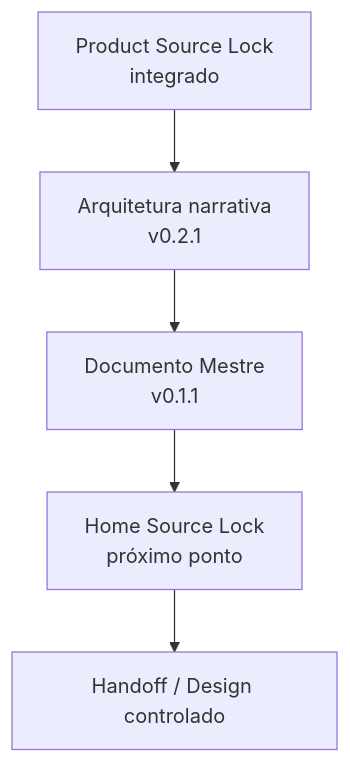
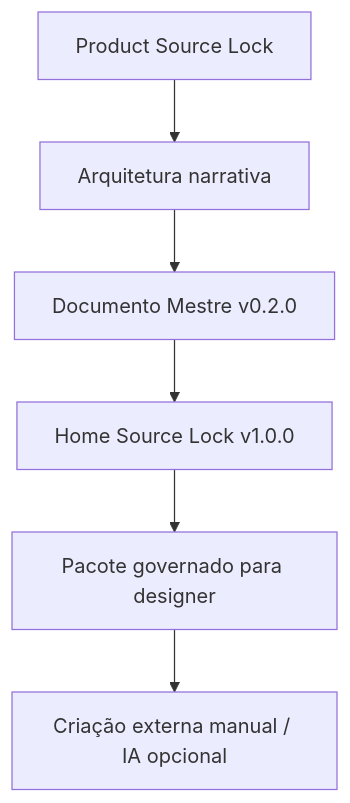
One commit to guivos-repositorio/Guivos-Knowledge-Repository changed the second of 2 diagrams in docs/experience-architecture/public-home-intelligence-master-document.md. Above: the diagram before and after it, drawn with Mermaid. The commit also changed other lines of this file, not shown here.

Commit message:
GKR: reconcile Intelligence Master to current Source Lock state

````diff
--- a/docs/experience-architecture/public-home-intelligence-master-document.md
+++ b/docs/experience-architecture/public-home-intelligence-master-document.md
@@ -724,7 +772,8 @@
 ```mermaid
 flowchart TD
-    P[Product Source Lock\nintegrado] --> A[Arquitetura narrativa\nv0.2.1]
-    A --> M[Documento Mestre\nv0.1.1]
-    M --> S[Home Source Lock\npróximo ponto]
-    S --> D[Handoff / Design controlado]
+    P[Product Source Lock] --> A[Arquitetura narrativa]
+    A --> M[Documento Mestre v0.2.0]
+    M --> S[Home Source Lock v1.0.0]
+    S --> D[Pacote governado para designer]
+    D --> X[Criação externa manual / IA opcional]
 ```
````
